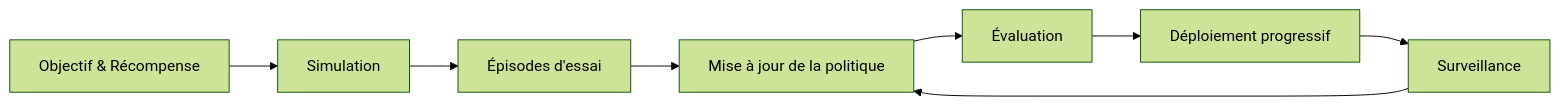
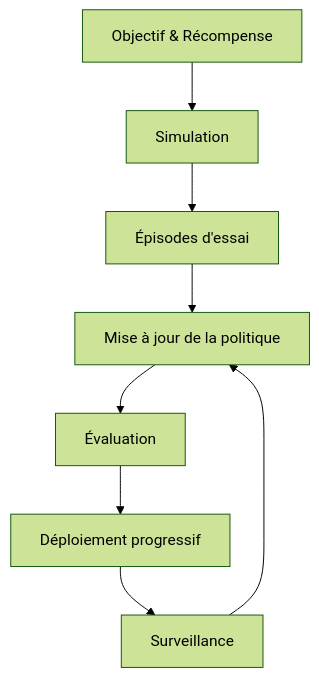
The ninth of 9 diagrams in 02-apprentissage-par-renforcement/1.md (haythem-rehouma/G1299), drawn with Mermaid (forest theme) before and after one commit.

````diff
--- a/02-apprentissage-par-renforcement/1.md
+++ b/02-apprentissage-par-renforcement/1.md
@@ -201,10 +201,11 @@
 ```mermaid
-flowchart LR
+flowchart TB
   P["Objectif & Récompense"] --> SIM["Simulation"]
   SIM --> EP["Épisodes d'essai"]
   EP --> POL["Mise à jour de la politique"]
   POL --> EVAL["Évaluation"]
   EVAL --> DEP["Déploiement progressif"]
   DEP --> MON["Surveillance"]
   MON --> POL
+
 ```
````
